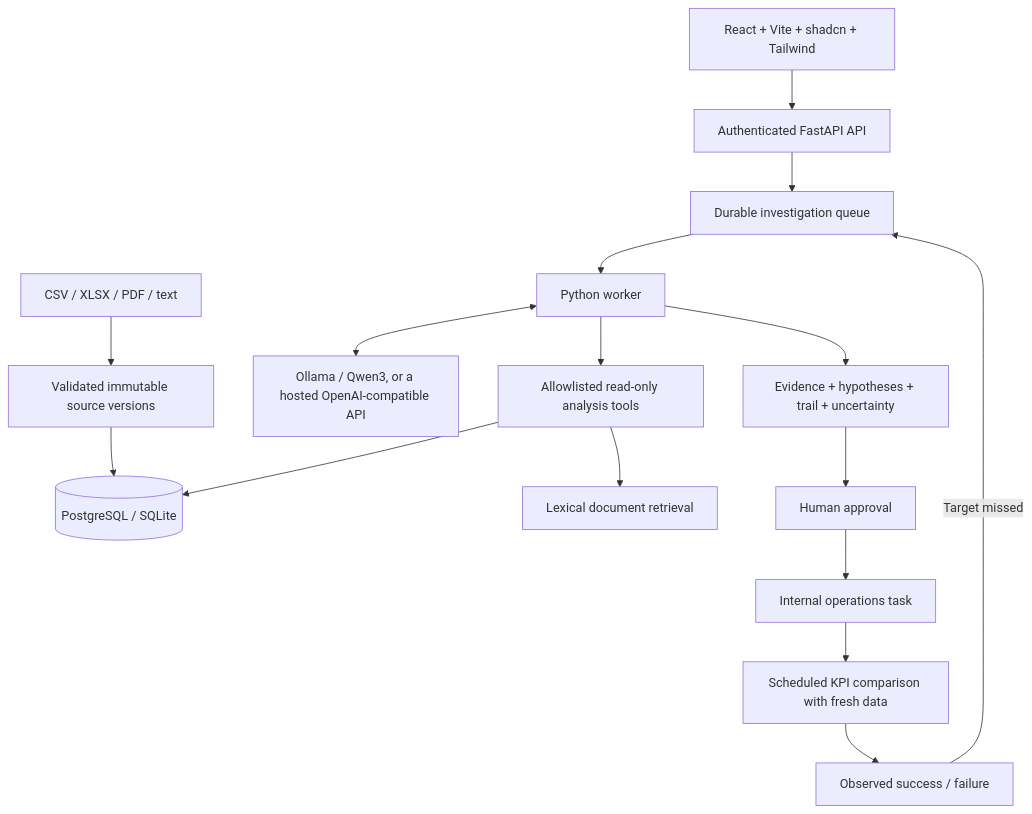
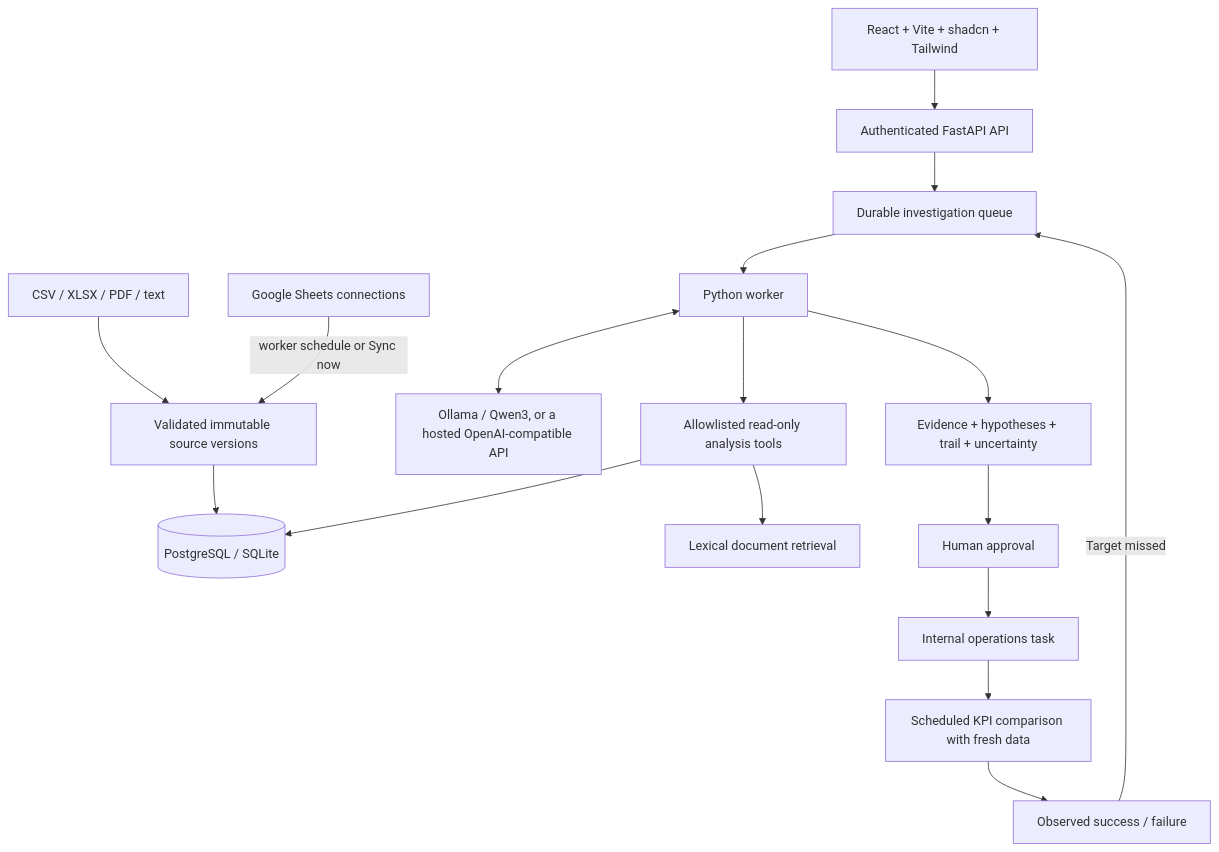
One commit to sanket-business-ai/sanket-ai changed the diagram in docs/architecture.md. Above: the diagram before and after it, drawn with Mermaid. The commit also changed other lines of this file and 17 other files, not shown here.

First line of the commit message:
feat: live Google Sheets connections

````diff
--- a/docs/architecture.md
+++ b/docs/architecture.md
@@ -5,18 +5,19 @@
 ```mermaid
 flowchart TD
     Files[CSV / XLSX / PDF / text] --> Validation[Validated immutable source versions]
+    Sheets[Google Sheets connections] -->|worker schedule or Sync now| Validation
     Validation --> DB[(PostgreSQL / SQLite)]
     UI[React + Vite + shadcn + Tailwind] --> API[Authenticated FastAPI API]
     API --> Queue[Durable investigation queue]
     Queue --> Worker[Python worker]
     Worker <--> LLM[Ollama / Qwen3, or a hosted OpenAI-compatible API]
     Worker --> Tools[Allowlisted read-only analysis tools]
     Tools --> DB
     Tools --> Retrieval[Lexical document retrieval]
     Worker --> Report[Evidence + hypotheses + trail + uncertainty]
     Report --> Approval[Human approval]
     Approval --> Task[Internal operations task]
     Task --> Monitor[Scheduled KPI comparison with fresh data]
     Monitor --> Result[Observed success / failure]
     Result -->|Target missed| Queue
 ```
````
